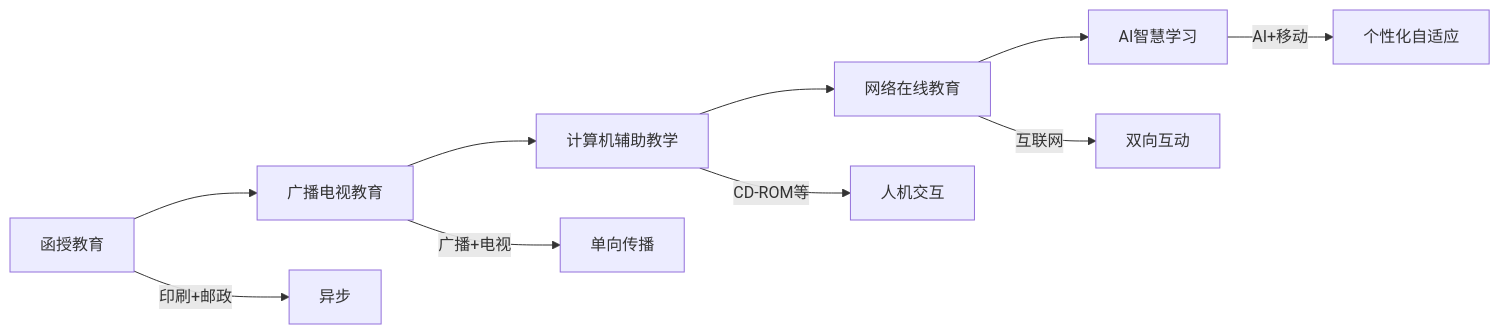
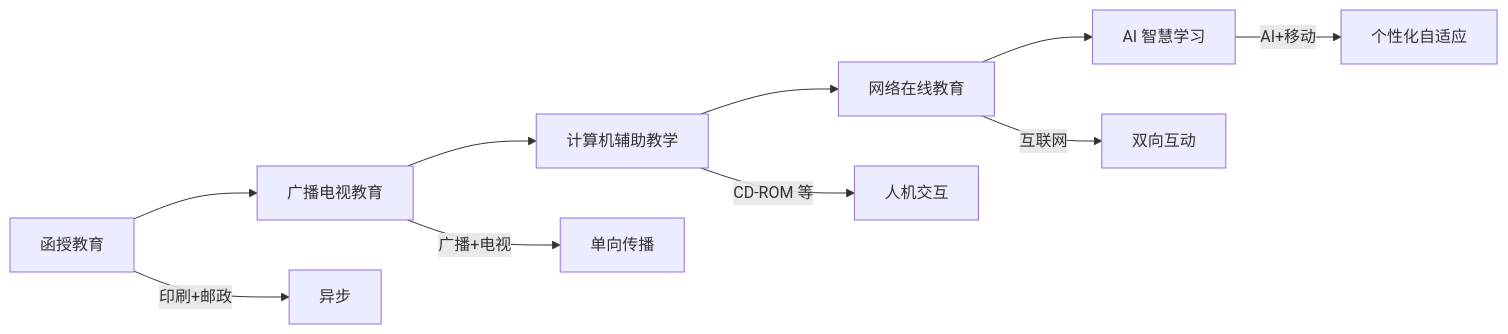
The first of 2 diagrams in 03_HumanitiesAndSocialSciences/Education/DistanceEducation.md (Tianshang301/TianshangKnowledgeBase), drawn with Mermaid before and after one commit. The commit also changed other lines of this file and 2257 other files, not shown here.

````diff
--- a/03_HumanitiesAndSocialSciences/Education/DistanceEducation.md
+++ b/03_HumanitiesAndSocialSciences/Education/DistanceEducation.md
@@ -34,12 +36,12 @@
 ```mermaid
 flowchart LR
     A[函授教育] --> B[广播电视教育]
     B --> C[计算机辅助教学]
     C --> D[网络在线教育]
-    D --> E[AI智慧学习]
+    D --> E[AI 智慧学习]
     A -->|印刷+邮政| A1[异步]
     B -->|广播+电视| B1[单向传播]
-    C -->|CD-ROM等| C1[人机交互]
+    C -->|CD-ROM 等| C1[人机交互]
     D -->|互联网| D1[双向互动]
     E -->|AI+移动| E1[个性化自适应]
 ```
````
